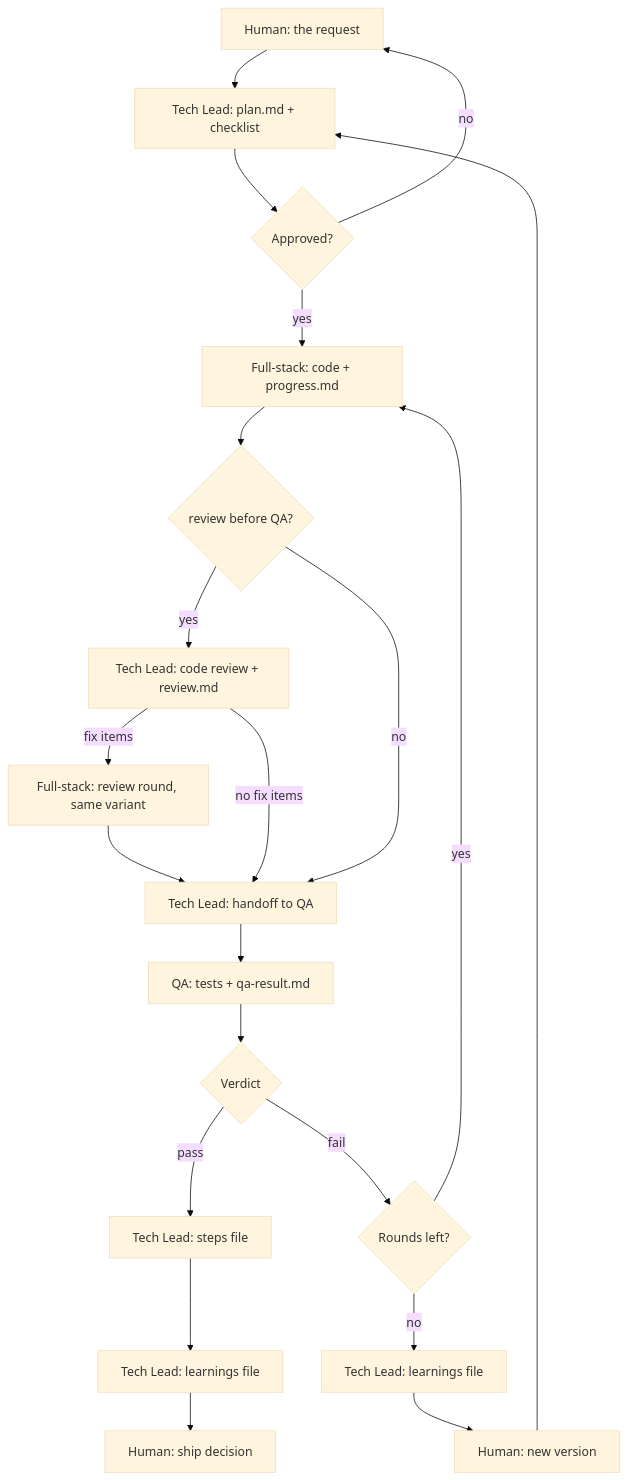
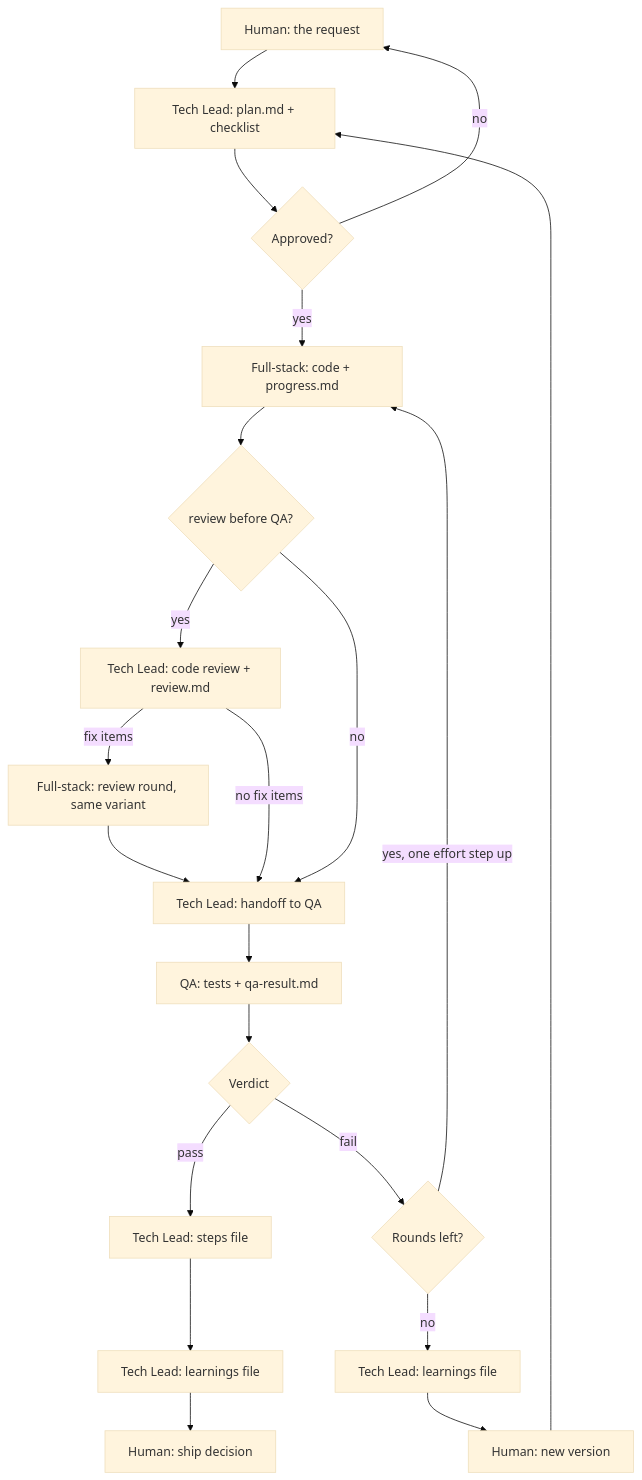
The diagram in template/harness/SETUP.md (Antarsoft/morphness), drawn with Mermaid (base theme) before and after one commit. The commit also changed other lines of this file and 9 other files, not shown here.

Commit message:
Run QA-fail rework as a new Full-stack run one effort step up (#252)

````diff
--- a/template/harness/SETUP.md
+++ b/template/harness/SETUP.md
@@ -167,23 +167,23 @@
 ```mermaid
 flowchart TD
   H[Human: the request] --> TL[Tech Lead: plan.md + checklist]
   TL --> A{Approved?}
   A -->|no| H
   A -->|yes| FS[Full-stack: code + progress.md]
   FS --> CR{review before QA?}
   CR -->|yes| RV[Tech Lead: code review + review.md]
   RV -->|fix items| RR[Full-stack: review round, same variant]
   RR --> TL2[Tech Lead: handoff to QA]
   RV -->|no fix items| TL2
   CR -->|no| TL2
   TL2 --> QA[QA: tests + qa-result.md]
   QA --> V{Verdict}
   V -->|pass| VF[Tech Lead: steps file]
   VF --> RT[Tech Lead: learnings file]
   RT --> H2[Human: ship decision]
   V -->|fail| R{Rounds left?}
-  R -->|yes| FS
+  R -->|yes, one effort step up| FS
   R -->|no| RT2[Tech Lead: learnings file]
   RT2 --> H3[Human: new version]
   H3 --> TL
 ```
````
